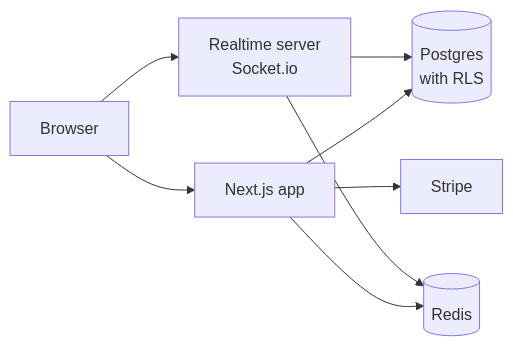
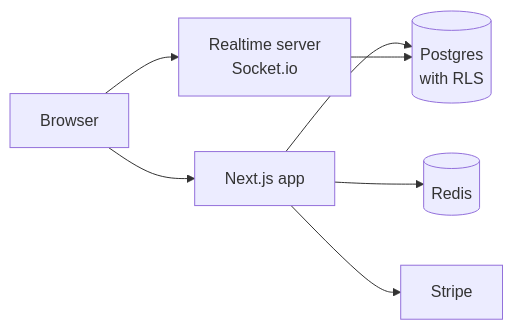
One commit to kamer-heap/Multi-tenant-SaaS-booking-platform changed the fourth of 6 diagrams in README.md. Above: the diagram before and after it, drawn with Mermaid. The commit also changed other lines of this file, not shown here.

````diff
--- a/README.md
+++ b/README.md
@@ -534,10 +579,9 @@
 ```mermaid
 flowchart LR
     Browser[Browser] --> App[Next.js app]
     Browser --> Realtime[Realtime server<br/>Socket.io]
     App --> DB[(Postgres<br/>with RLS)]
     App --> Redis[(Redis)]
     App --> Stripe[Stripe]
     Realtime --> DB
-    Realtime --> Redis
 ```
````
